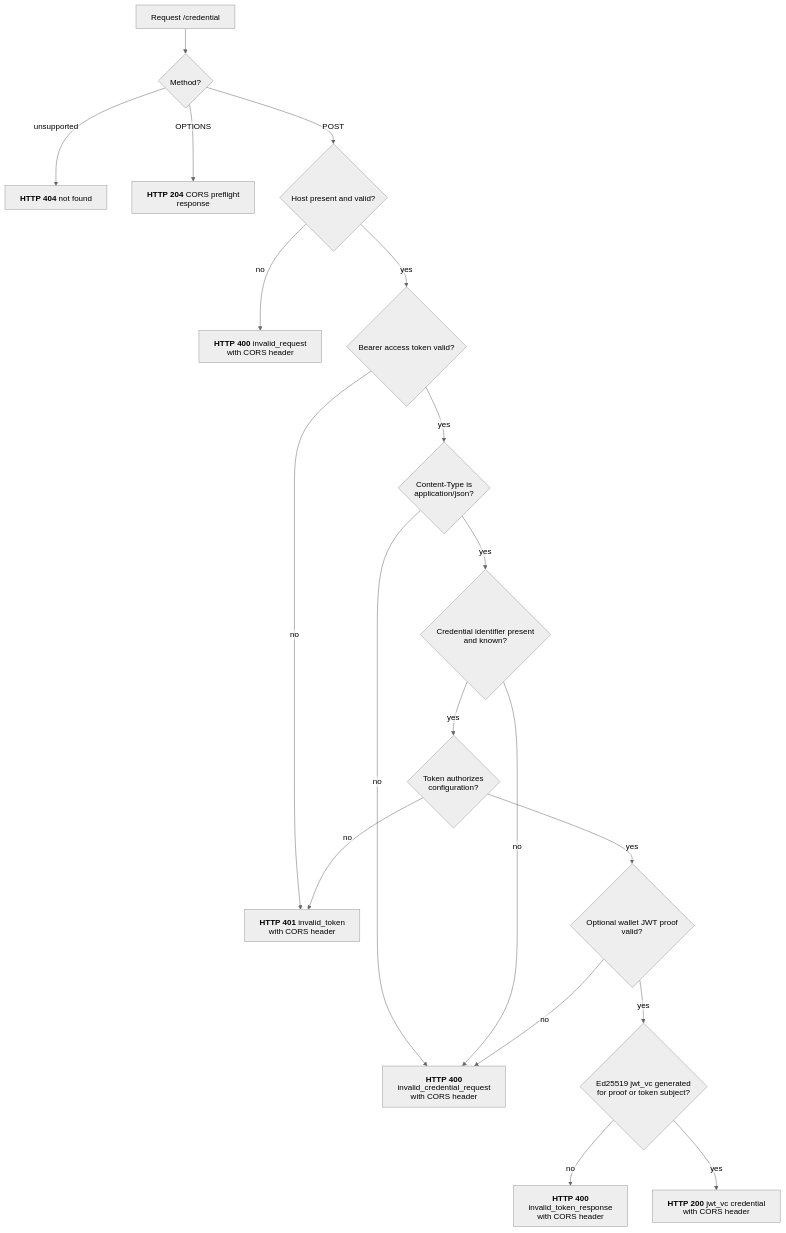
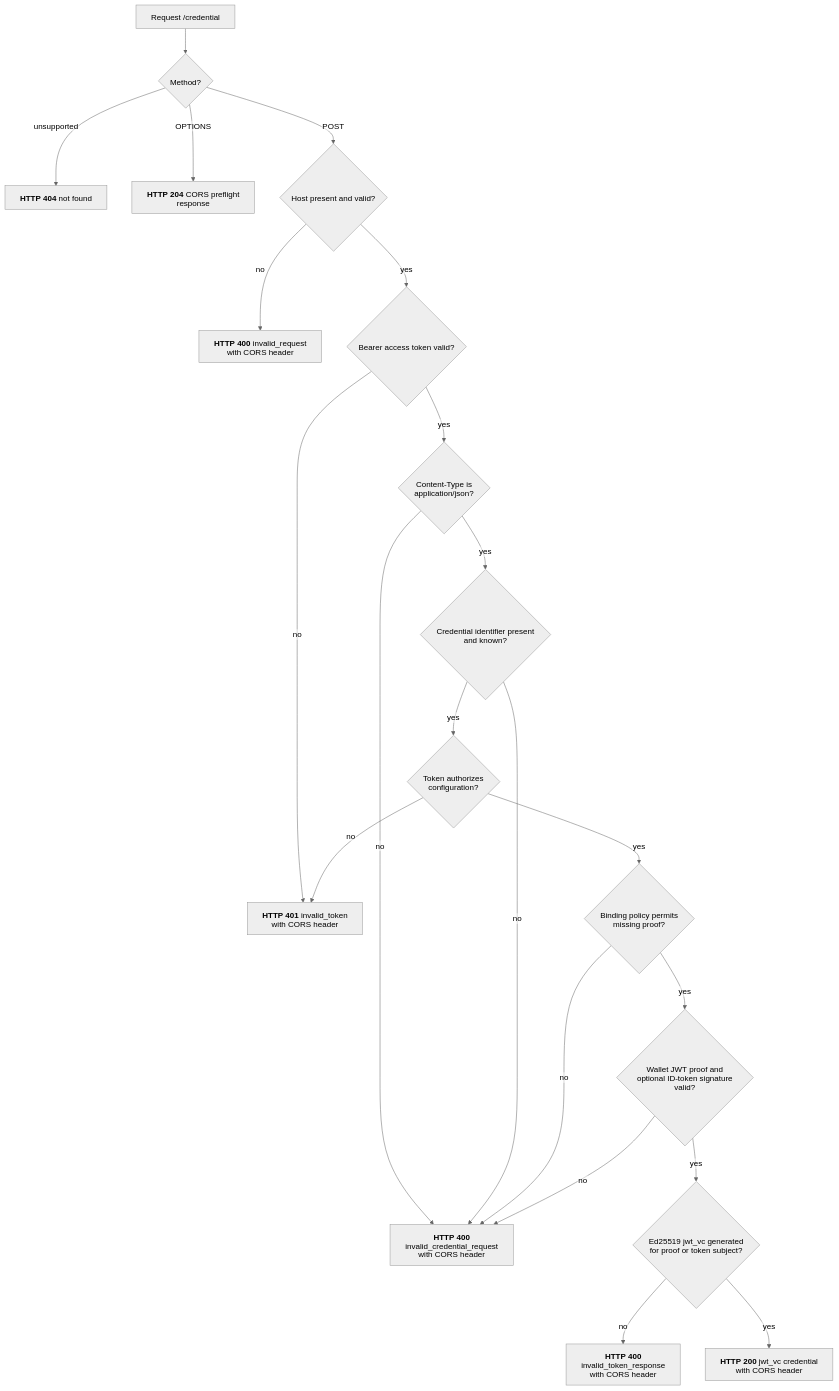
Before and after one commit to malach-it/kagome: the diagram in docs/flows/openid4vci/credential_endpoint.mmd, drawn with Mermaid (neutral theme). The commit also changed 42 other files, not shown here.

Commit message:
feat: add configurable wallet key binding

```diff
--- a/docs/flows/openid4vci/credential_endpoint.mmd
+++ b/docs/flows/openid4vci/credential_endpoint.mmd
@@ -1,20 +1,22 @@
 %%{init: {"htmlLabels": false, "flowchart": {"htmlLabels": false}}}%%
 flowchart TD
     start[Request /credential] --> method{Method?}
     method -- unsupported --> not_found["`**HTTP 404** not found`"]
     method -- OPTIONS --> preflight["`**HTTP 204** CORS preflight response`"]
     method -- POST --> host{Host present and valid?}
     host -- no --> request_error["`**HTTP 400** invalid_request with CORS header`"]
     host -- yes --> bearer{Bearer access token valid?}
     bearer -- no --> bearer_error["`**HTTP 401** invalid_token with CORS header`"]
     bearer -- yes --> media{Content-Type is application/json?}
     media -- no --> credential_error["`**HTTP 400** invalid_credential_request with CORS header`"]
     media -- yes --> configuration{Credential identifier present and known?}
     configuration -- no --> credential_error
     configuration -- yes --> authorized{Token authorizes configuration?}
     authorized -- no --> bearer_error
-    authorized -- yes --> proof{Optional wallet JWT proof valid?}
+    authorized -- yes --> required{Binding policy permits missing proof?}
+    required -- no --> credential_error
+    required -- yes --> proof{Wallet JWT proof and optional ID-token signature valid?}
     proof -- no --> credential_error
     proof -- yes --> generate{Ed25519 jwt_vc generated for proof or token subject?}
     generate -- no --> generation_error["`**HTTP 400** invalid_token_response with CORS header`"]
     generate -- yes --> success["`**HTTP 200** jwt_vc credential with CORS header`"]
```
